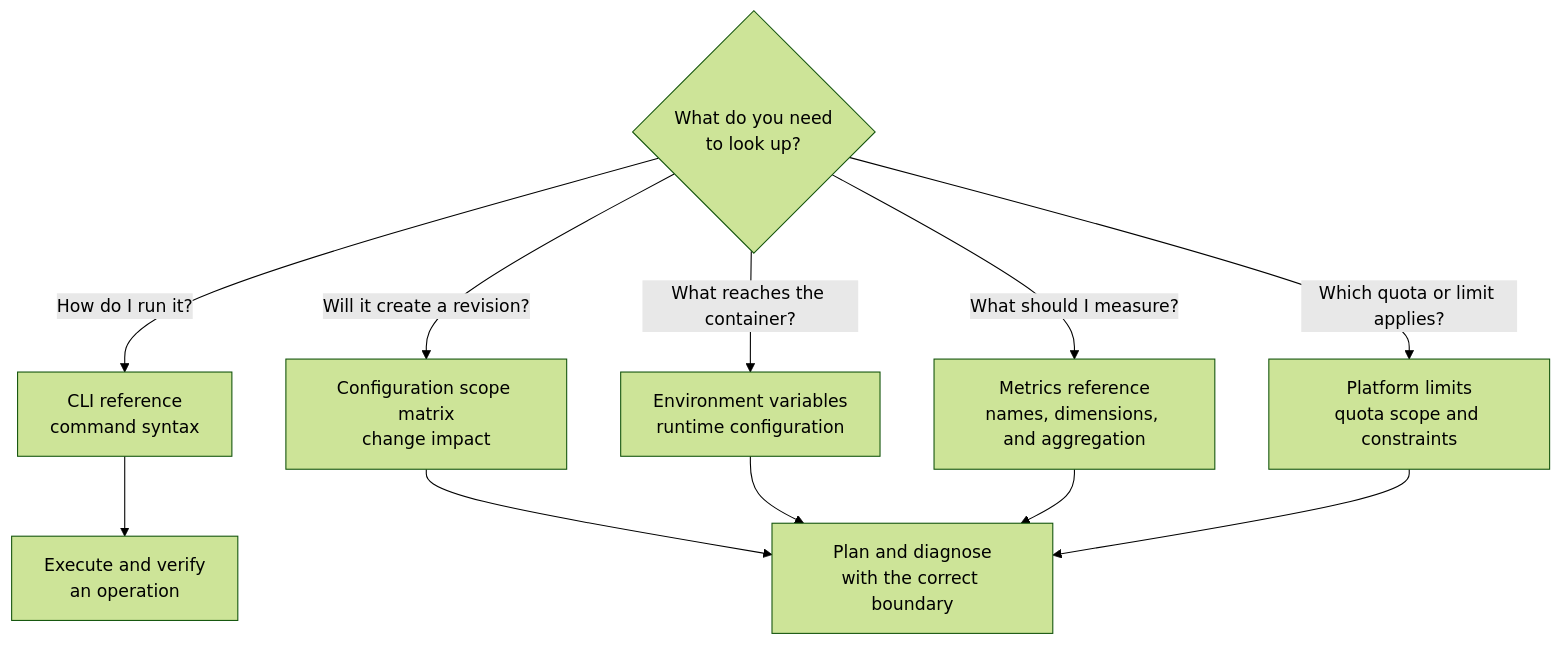
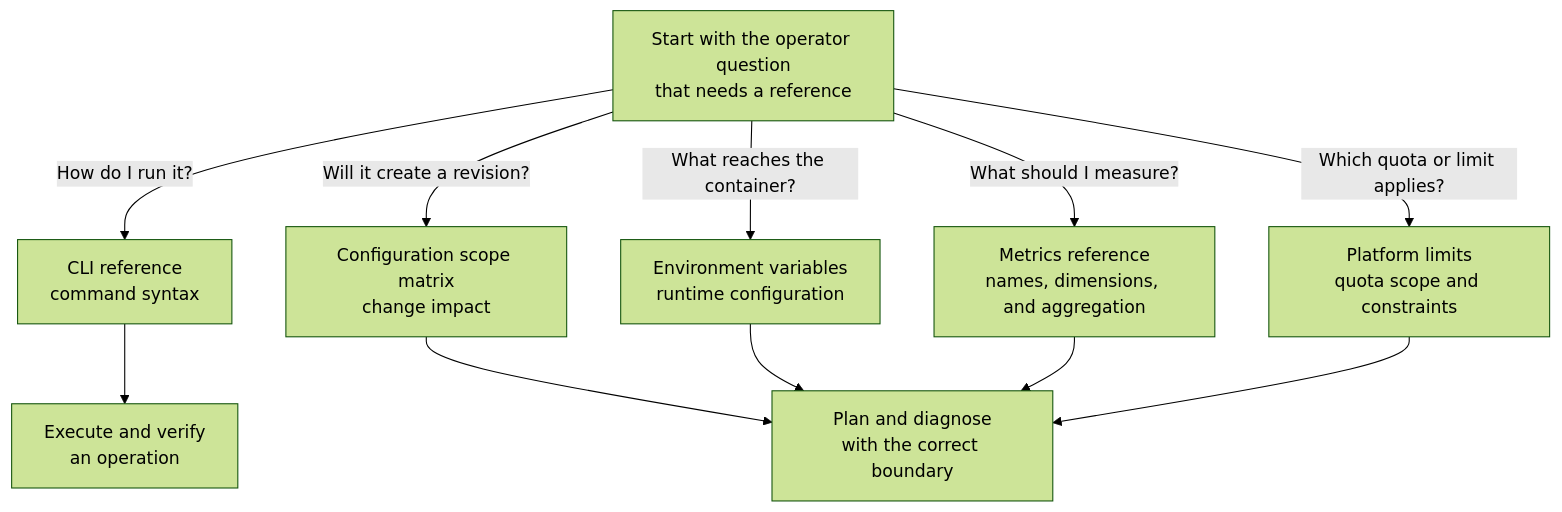
Before and after one commit to yeongseon/azure-container-apps-practical-guide: the diagram in docs/reference/index.md, drawn with Mermaid (forest theme). The commit also changed other lines of this file and 7 other files, not shown here.

Commit message:
fix(docs): address start-reference review findings

````diff
--- a/docs/reference/index.md
+++ b/docs/reference/index.md
@@ -27,25 +27,25 @@
 ```mermaid
 flowchart TD
     accTitle: Choose a Container Apps reference by operator question
     accDescr: Start from the question you need to answer, then choose command syntax, configuration scope, environment variables, metrics, or platform quotas and limits.
 
-    QUESTION{What do you need<br/>to look up?}
+    QUESTION[Start with the operator question<br/>that needs a reference]
     CLI[CLI reference<br/>command syntax]
     SCOPE[Configuration scope matrix<br/>change impact]
     ENV[Environment variables<br/>runtime configuration]
     METRICS[Metrics reference<br/>names, dimensions, and aggregation]
     LIMITS[Platform limits<br/>quota scope and constraints]
     EXECUTE[Execute and verify<br/>an operation]
     PLAN[Plan and diagnose<br/>with the correct boundary]
 
     QUESTION -->|How do I run it?| CLI
     QUESTION -->|Will it create a revision?| SCOPE
     QUESTION -->|What reaches the container?| ENV
     QUESTION -->|What should I measure?| METRICS
     QUESTION -->|Which quota or limit applies?| LIMITS
     CLI --> EXECUTE
     SCOPE --> PLAN
     ENV --> PLAN
     METRICS --> PLAN
     LIMITS --> PLAN
 ```
````
